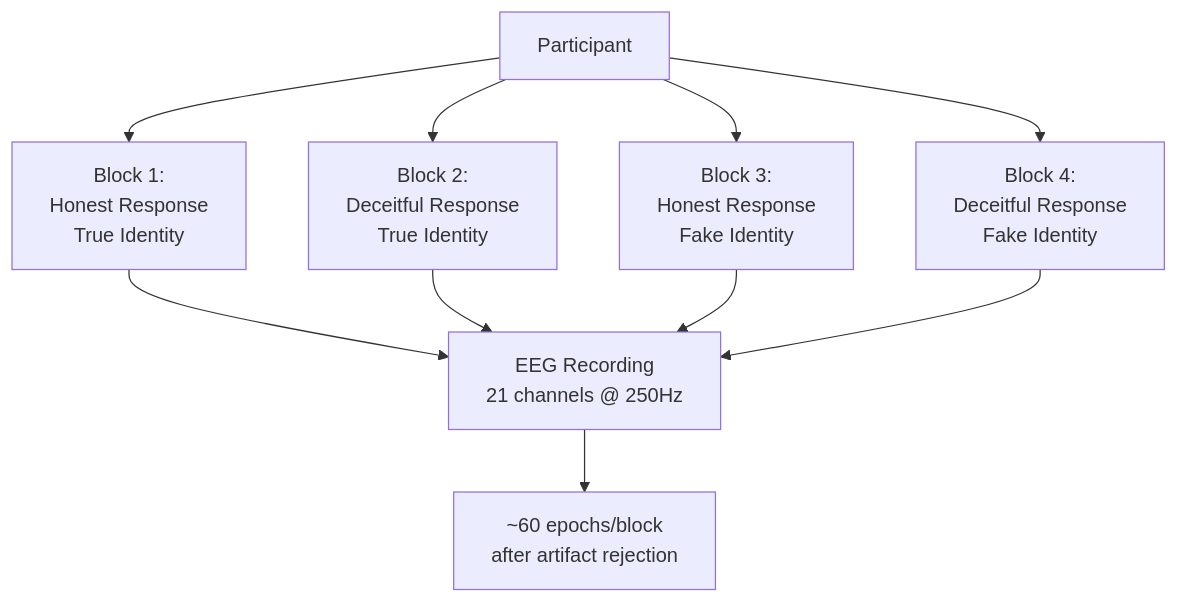
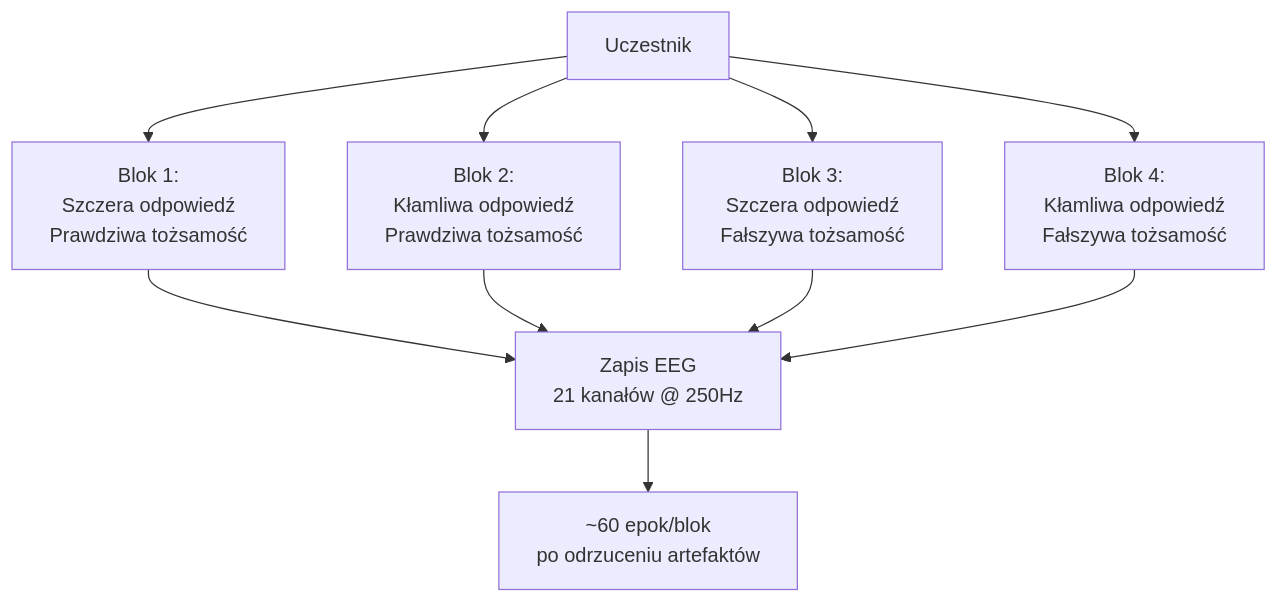
The fourth of 4 diagrams in README.md (wsparcie/ai-ml-neuron-rekrutacja-2025), drawn with Mermaid before and after one commit. The commit also changed other lines of this file, not shown here.

````diff
--- a/README.md
+++ b/README.md
@@ -203,15 +161,15 @@
 ```mermaid
 graph TD
-    A[Participant] --> B[Block 1:<br/>Honest Response<br/>True Identity]
-    A --> C[Block 2:<br/>Deceitful Response<br/>True Identity]
-    A --> D[Block 3:<br/>Honest Response<br/>Fake Identity]
-    A --> E[Block 4:<br/>Deceitful Response<br/>Fake Identity]
+    A[Uczestnik] --> B[Blok 1:<br/>Szczera odpowiedź<br/>Prawdziwa tożsamość]
+    A --> C[Blok 2:<br/>Kłamliwa odpowiedź<br/>Prawdziwa tożsamość]
+    A --> D[Blok 3:<br/>Szczera odpowiedź<br/>Fałszywa tożsamość]
+    A --> E[Blok 4:<br/>Kłamliwa odpowiedź<br/>Fałszywa tożsamość]
 
-    B --> F[EEG Recording<br/>21 channels @ 250Hz]
+    B --> F[Zapis EEG<br/>21 kanałów @ 250Hz]
     C --> F
     D --> F
     E --> F
 
-    F --> G[~60 epochs/block<br/>after artifact rejection]
+    F --> G[~60 epok/blok<br/>po odrzuceniu artefaktów]
 
 ```
````
